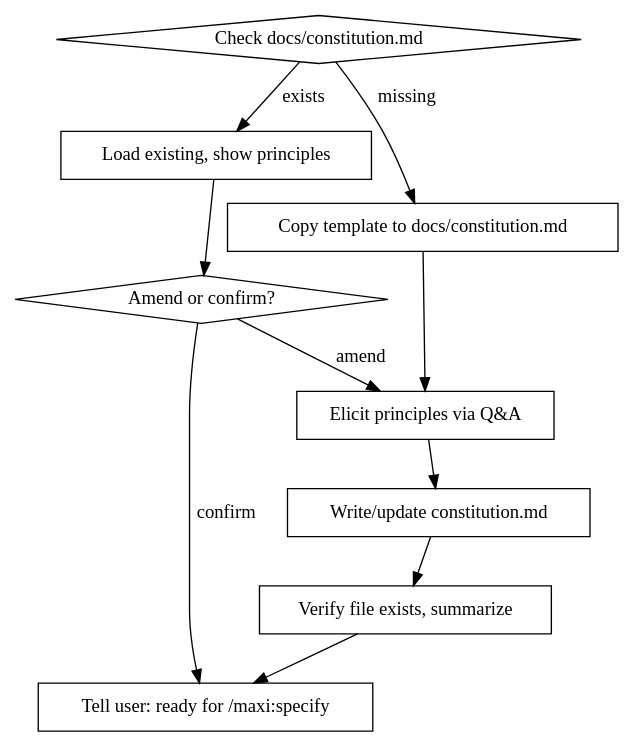
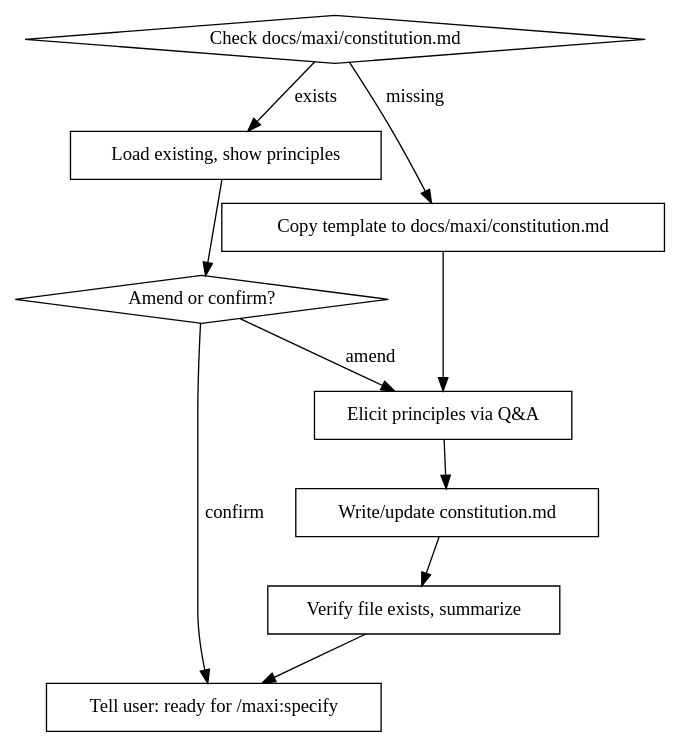
One commit to amoutiers/maxi-superpowers changed the diagram in skills/constitution/SKILL.md. Above: the diagram before and after it, drawn with Graphviz. The commit also changed other lines of this file and 20 other files, not shown here.

First line of the commit message:
feat(constitution): relocate to docs/maxi/constitution.md

````diff
--- a/skills/constitution/SKILL.md
+++ b/skills/constitution/SKILL.md
@@ -23,22 +23,22 @@
 ```dot
 digraph constitution {
-    "Check docs/constitution.md" [shape=diamond];
+    "Check docs/maxi/constitution.md" [shape=diamond];
     "Load existing, show principles" [shape=box];
     "Amend or confirm?" [shape=diamond];
-    "Copy template to docs/constitution.md" [shape=box];
+    "Copy template to docs/maxi/constitution.md" [shape=box];
     "Elicit principles via Q&A" [shape=box];
     "Write/update constitution.md" [shape=box];
     "Verify file exists, summarize" [shape=box];
     "Tell user: ready for /maxi:specify" [shape=box];
 
-    "Check docs/constitution.md" -> "Load existing, show principles" [label="exists"];
-    "Check docs/constitution.md" -> "Copy template to docs/constitution.md" [label="missing"];
+    "Check docs/maxi/constitution.md" -> "Load existing, show principles" [label="exists"];
+    "Check docs/maxi/constitution.md" -> "Copy template to docs/maxi/constitution.md" [label="missing"];
     "Load existing, show principles" -> "Amend or confirm?";
     "Amend or confirm?" -> "Elicit principles via Q&A" [label="amend"];
     "Amend or confirm?" -> "Tell user: ready for /maxi:specify" [label="confirm"];
-    "Copy template to docs/constitution.md" -> "Elicit principles via Q&A";
+    "Copy template to docs/maxi/constitution.md" -> "Elicit principles via Q&A";
     "Elicit principles via Q&A" -> "Write/update constitution.md";
     "Write/update constitution.md" -> "Verify file exists, summarize";
     "Verify file exists, summarize" -> "Tell user: ready for /maxi:specify";
 }
 ```
````
